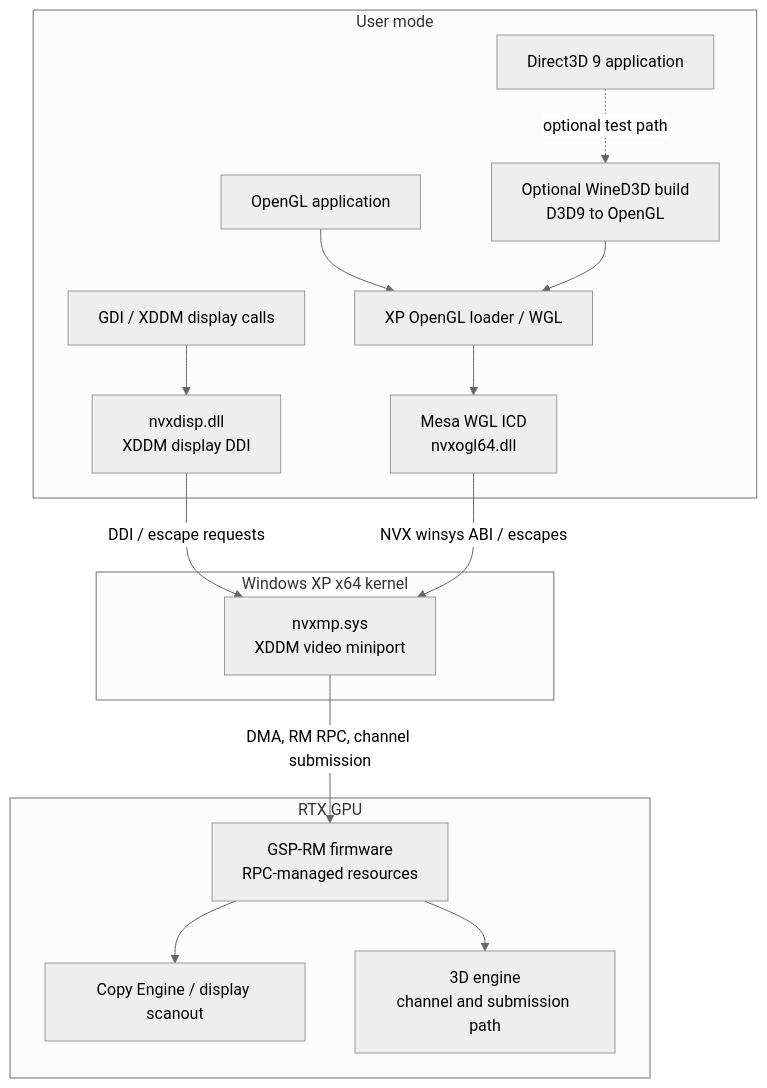
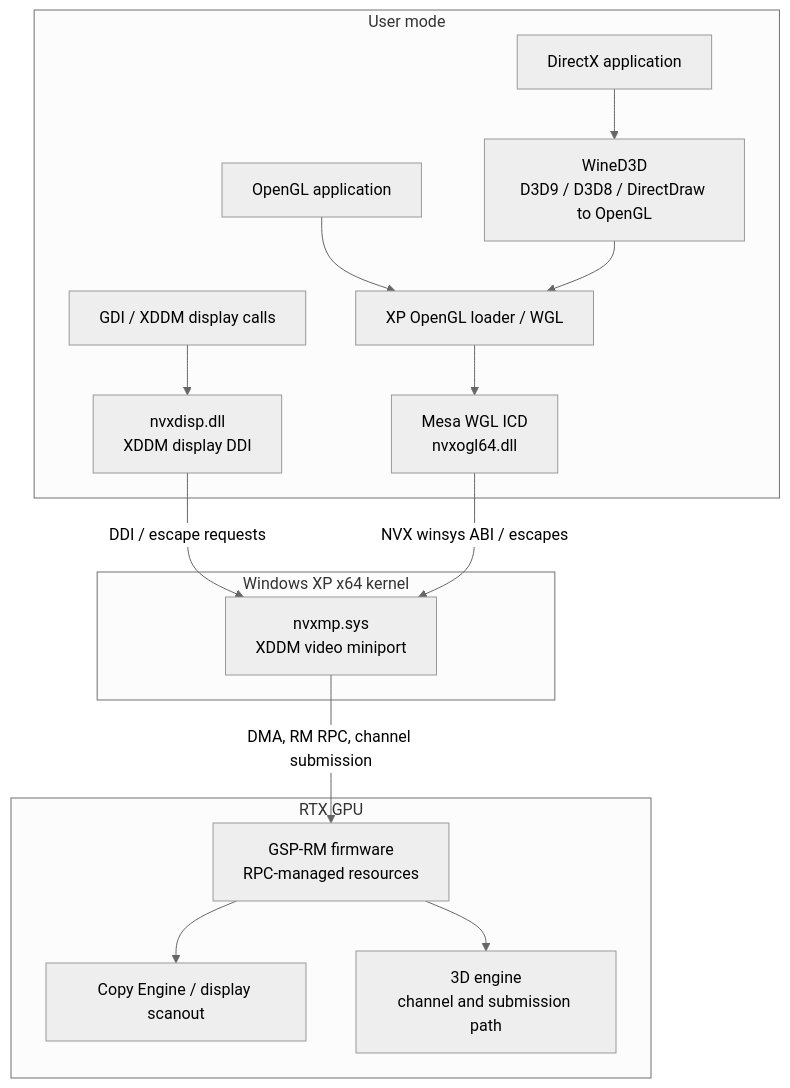
Before and after one commit to sanjayseshan/open_nvx_windows: the first of 3 diagrams in README.md, drawn with Mermaid (neutral theme). The commit also changed other lines of this file, not shown here.

Commit message:
Document required WineD3D DirectX build

````diff
--- a/README.md
+++ b/README.md
@@ -29,28 +29,28 @@
 ```mermaid
 flowchart TB
   subgraph User[User mode]
     APP[OpenGL application]
-    D3D[Direct3D 9 application]
+    D3D[DirectX application]
     OGL[XP OpenGL loader / WGL]
     ICD[Mesa WGL ICD<br/>nvxogl64.dll]
-    WD[Optional WineD3D build<br/>D3D9 to OpenGL]
+    WD[WineD3D<br/>D3D9 / D3D8 / DirectDraw to OpenGL]
     GDI[GDI / XDDM display calls]
     APP --> OGL --> ICD
-    D3D -. optional test path .-> WD --> OGL
+    D3D --> WD --> OGL
     GDI --> DDI
   end
   subgraph Kernel[Windows XP x64 kernel]
     DDI[nvxdisp.dll<br/>XDDM display DDI]
     MP[nvxmp.sys<br/>XDDM video miniport]
     DDI -->|DDI / escape requests| MP
     ICD -->|NVX winsys ABI / escapes| MP
   end
   subgraph GPU[RTX GPU]
     RM[GSP-RM firmware<br/>RPC-managed resources]
     CE[Copy Engine / display scanout]
     GR[3D engine<br/>channel and submission path]
     RM --> CE
     RM --> GR
   end
   MP -->|DMA, RM RPC, channel submission| RM
 ```
````
